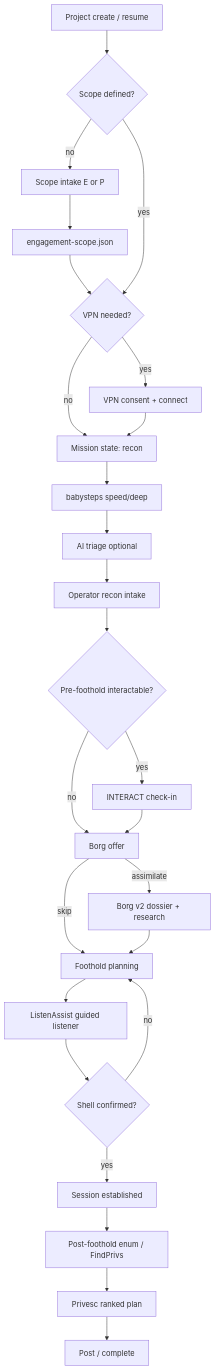
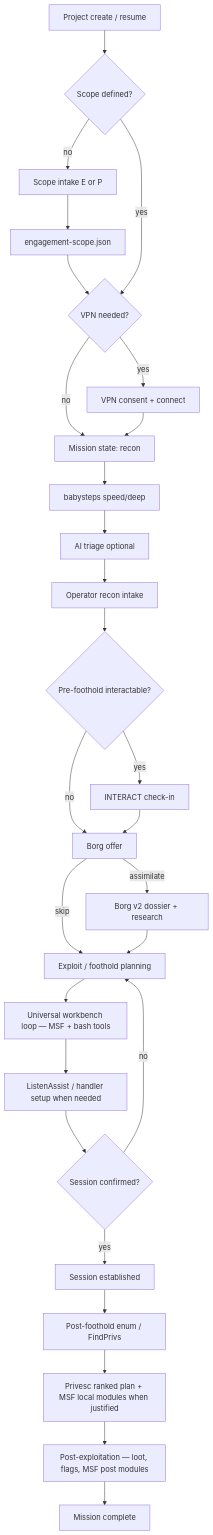
The diagram in NEO-1.0-DESIGN/projects/01-baseline-and-traceability/WORKFLOW-MAP.md (xer0adon1s/NEO-main-work), drawn with Mermaid before and after one commit. The commit also changed other lines of this file and 109 other files, not shown here.

````diff
--- a/NEO-1.0-DESIGN/projects/01-baseline-and-traceability/WORKFLOW-MAP.md
+++ b/NEO-1.0-DESIGN/projects/01-baseline-and-traceability/WORKFLOW-MAP.md
@@ -30,28 +34,30 @@
 ```mermaid
 flowchart TD
     A[Project create / resume] --> B{Scope defined?}
     B -->|no| B2[Scope intake E or P]
     B2 --> B3[engagement-scope.json]
     B3 --> C{VPN needed?}
     B -->|yes| C
     C -->|yes| C2[VPN consent + connect]
     C -->|no| D[Mission state: recon]
     C2 --> D
     D --> E[babysteps speed/deep]
     E --> F[AI triage optional]
     F --> G[Operator recon intake]
     G --> H{Pre-foothold interactable?}
     H -->|yes| I[INTERACT check-in]
     H -->|no| J[Borg offer]
     I --> J
     J -->|assimilate| K[Borg v2 dossier + research]
-    J -->|skip| L[Foothold planning]
+    J -->|skip| L[Exploit / foothold planning]
     K --> L
-    L --> M[ListenAssist guided listener]
-    M --> N{Shell confirmed?}
+    L --> M2[Universal workbench loop — MSF + bash tools]
+    M2 --> M[ListenAssist / handler setup when needed]
+    M --> N{Session confirmed?}
     N -->|yes| O[Session established]
     N -->|no| L
     O --> P[Post-foothold enum / FindPrivs]
-    P --> Q[Privesc ranked plan]
-    Q --> R[Post / complete]
+    P --> Q[Privesc ranked plan + MSF local modules when justified]
+    Q --> R[Post-exploitation — loot, flags, MSF post modules]
+    R --> S[Mission complete]
 ```
````
